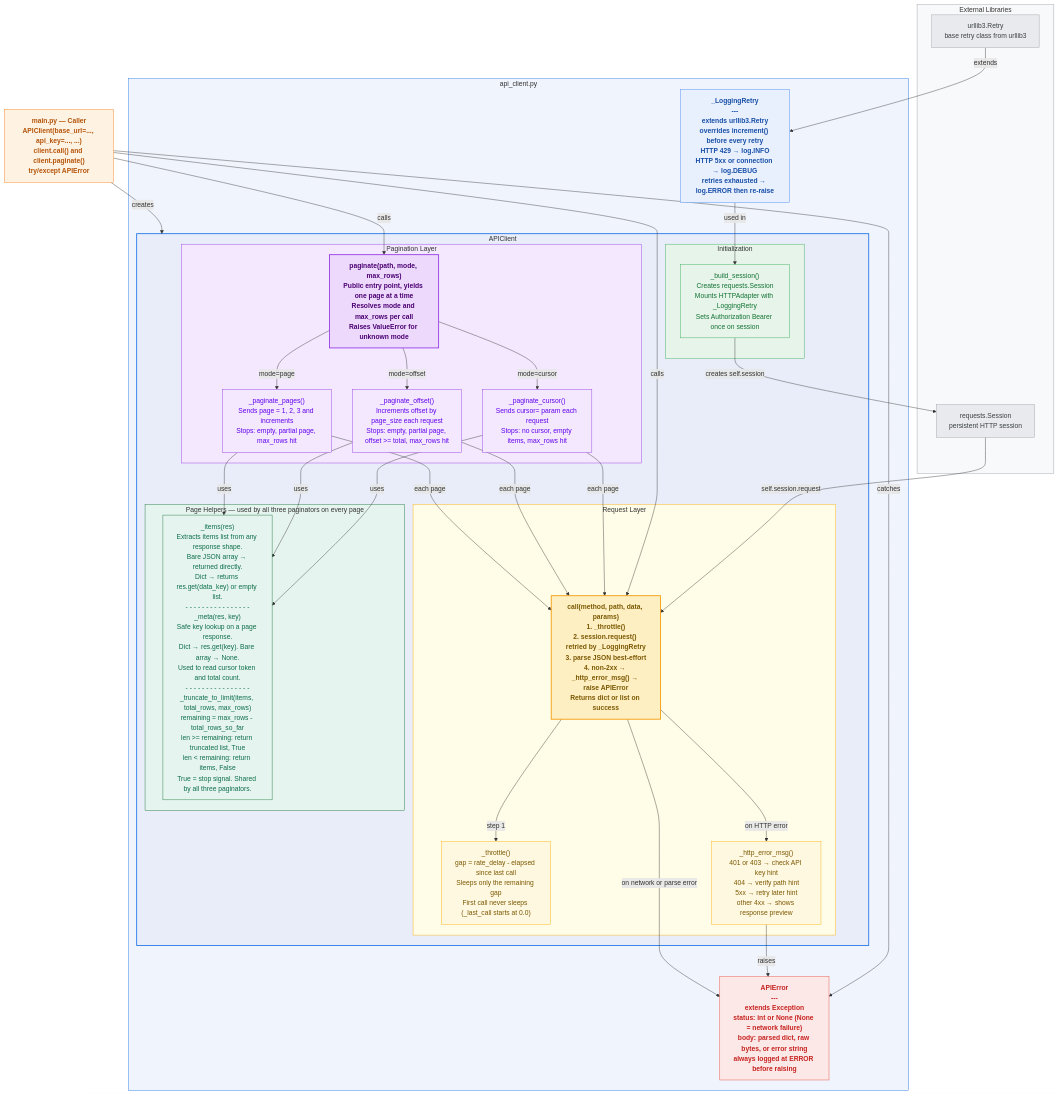
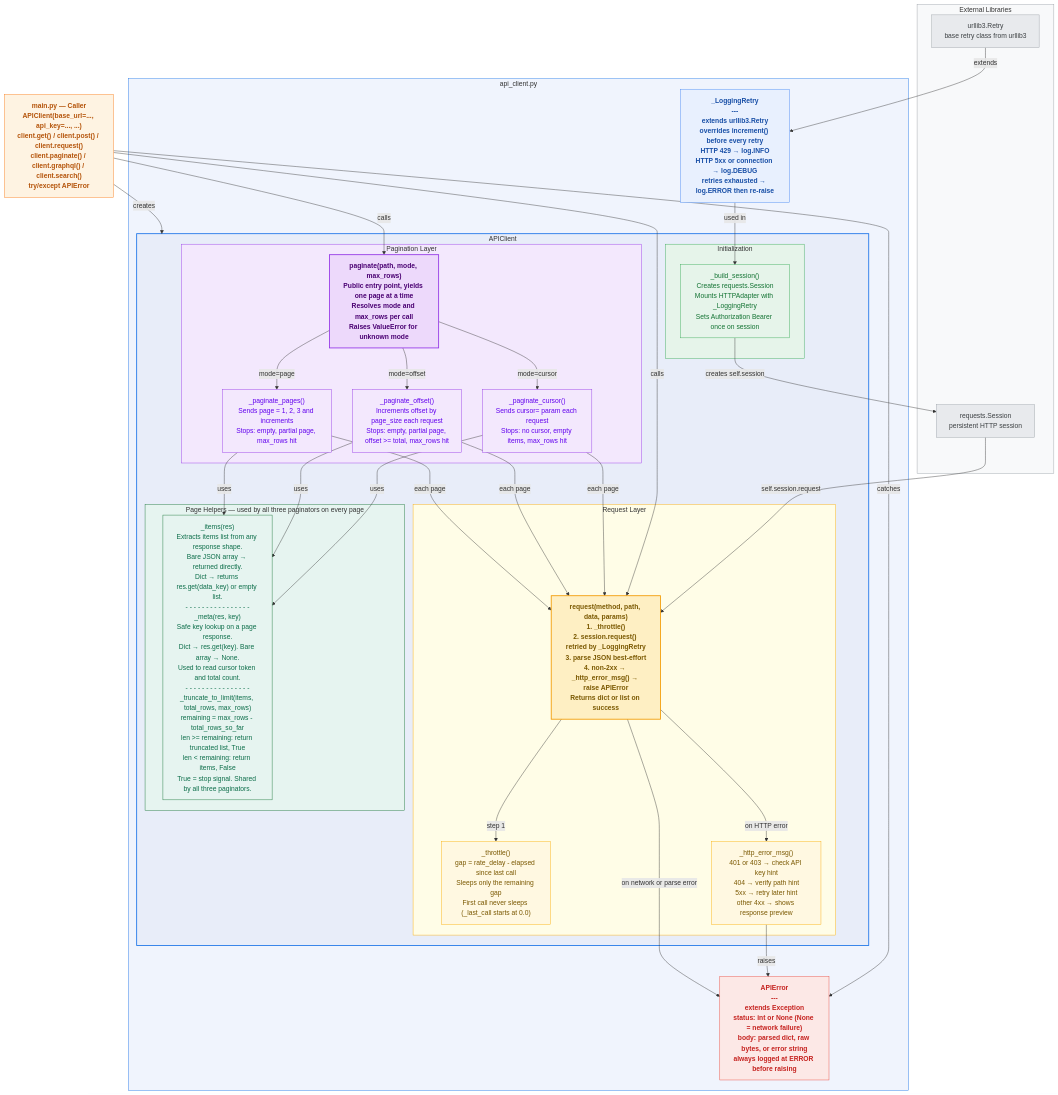
The diagram in README.md (ThorstenWeberGER/api-client), drawn with Mermaid before and after one commit. The commit also changed other lines of this file and 3 other files, not shown here.

First line of the commit message:
feat: add HTTP convenience methods, GraphQL, POST search pagination, and bug fixes

```diff
--- a/README.md
+++ b/README.md
@@ -42,7 +42,7 @@
             subgraph RG["Request Layer"]
                 THROTTLE["_throttle()\ngap = rate_delay - elapsed since last call\nSleeps only the remaining gap\nFirst call never sleeps (_last_call starts at 0.0)"]
                 ERRMSG["_http_error_msg()\n401 or 403 → check API key hint\n404 → verify path hint\n5xx → retry later hint\nother 4xx → shows response preview"]
-                CALL["call(method, path, data, params)\n1. _throttle()\n2. session.request() retried by _LoggingRetry\n3. parse JSON best-effort\n4. non-2xx → _http_error_msg() → raise APIError\nReturns dict or list on success"]
+                CALL["request(method, path, data, params)\n1. _throttle()\n2. session.request() retried by _LoggingRetry\n3. parse JSON best-effort\n4. non-2xx → _http_error_msg() → raise APIError\nReturns dict or list on success"]
             end
 
             subgraph PG["Pagination Layer"]
@@ -59,7 +59,7 @@
         end
     end
 
-    CALLER["main.py — Caller\nAPIClient(base_url=..., api_key=..., ...)\nclient.call() and client.paginate()\ntry/except APIError"]
+    CALLER["main.py — Caller\nAPIClient(base_url=..., api_key=..., ...)\nclient.get() / client.post() / client.request()\nclient.paginate() / client.graphql() / client.search()\ntry/except APIError"]
 
     U -->|extends| LR
     LR -->|used in| BUILD
```
